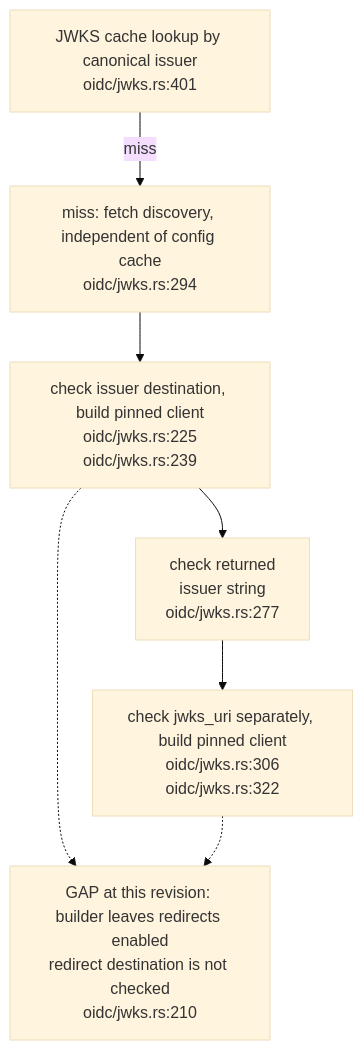
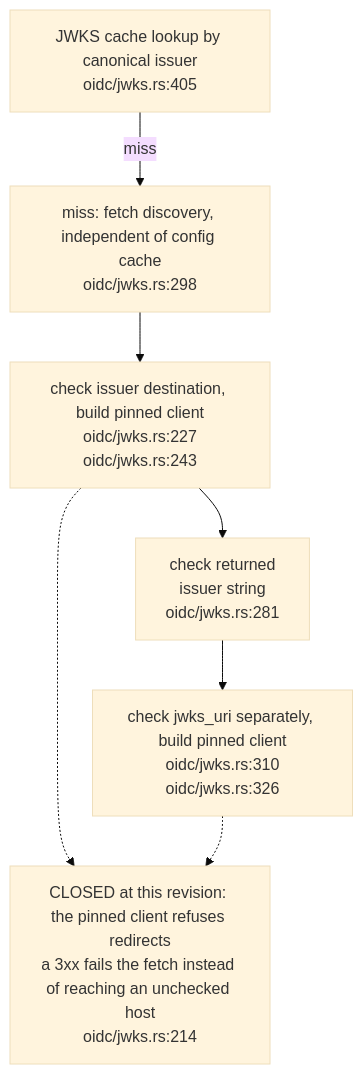
Before and after one commit to DreamLab-AI/VisionFlow: the eighth of 18 diagrams in docs/diagrams/solid-pod-rs/05-identity-nip98-did-oidc.md, drawn with Mermaid (base theme). The commit also changed other lines of this file and 47 other files, not shown here.

````diff
--- a/docs/diagrams/solid-pod-rs/05-identity-nip98-did-oidc.md
+++ b/docs/diagrams/solid-pod-rs/05-identity-nip98-did-oidc.md
@@ -242,12 +244,12 @@
 ```mermaid
 flowchart TD
-    CACHE["JWKS cache lookup by canonical issuer<br/>oidc/jwks.rs:401"]
-    DISC["miss: fetch discovery, independent of config cache<br/>oidc/jwks.rs:294"]
-    POLICY["check issuer destination, build pinned client<br/>oidc/jwks.rs:225<br/>oidc/jwks.rs:239"]
-    ISS["check returned<br/>issuer string<br/>oidc/jwks.rs:277"]
-    JWK["check jwks_uri separately, build pinned client<br/>oidc/jwks.rs:306<br/>oidc/jwks.rs:322"]
-    GAP["GAP at this revision: builder leaves redirects enabled<br/>redirect destination is not checked<br/>oidc/jwks.rs:210"]
+    CACHE["JWKS cache lookup by canonical issuer<br/>oidc/jwks.rs:405"]
+    DISC["miss: fetch discovery, independent of config cache<br/>oidc/jwks.rs:298"]
+    POLICY["check issuer destination, build pinned client<br/>oidc/jwks.rs:227<br/>oidc/jwks.rs:243"]
+    ISS["check returned<br/>issuer string<br/>oidc/jwks.rs:281"]
+    JWK["check jwks_uri separately, build pinned client<br/>oidc/jwks.rs:310<br/>oidc/jwks.rs:326"]
+    GAP["CLOSED at this revision: the pinned client refuses redirects<br/>a 3xx fails the fetch instead of reaching an unchecked host<br/>oidc/jwks.rs:214"]
     CACHE -->|miss| DISC --> POLICY --> ISS --> JWK
     POLICY -.-> GAP
     JWK -.-> GAP
 ```
````
